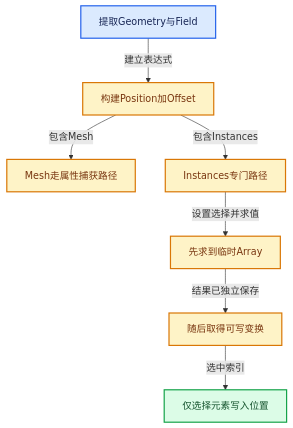
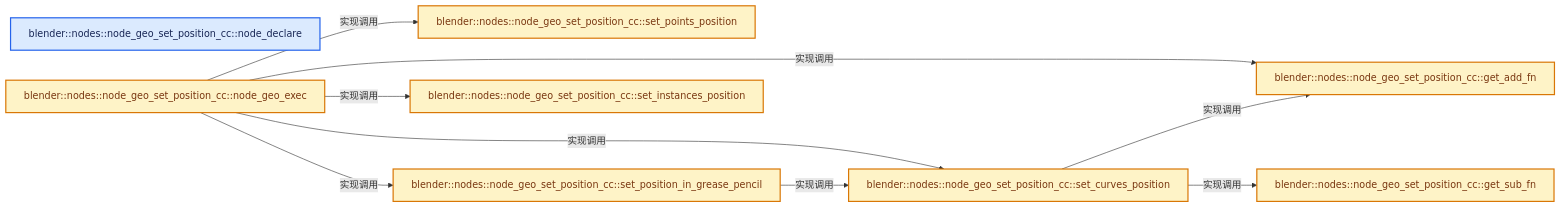
The second of 4 diagrams in 杂/markdown/全面学习-codex/08-Field表达式与求值/11-SetPosition完整调用链.md (yunkezengren/blender-.vscode), drawn with Mermaid before and after one commit. The commit also changed other lines of this file and 1930 other files, not shown here.

````diff
--- a/杂/markdown/全面学习-codex/08-Field表达式与求值/11-SetPosition完整调用链.md
+++ b/杂/markdown/全面学习-codex/08-Field表达式与求值/11-SetPosition完整调用链.md
@@ -529,22 +46,25 @@
 ```mermaid
-flowchart TB
-  V0["提取Geometry与Field"]:::input
-  V1["构建Position加Offset"]:::compute
-  V2["Mesh走属性捕获路径"]:::compute
-  V3["Instances专门路径"]:::compute
-  V4["先求到临时Array"]:::compute
-  V5["随后取得可写变换"]:::compute
-  V6["仅选择元素写入位置"]:::result
-  V0 -->|"建立表达式"| V1
-  V1 -->|"包含Mesh"| V2
-  V1 -->|"包含Instances"| V3
-  V3 -->|"设置选择并求值"| V4
-  V4 -->|"结果已独立保存"| V5
-  V5 -->|"选中索引"| V6
+flowchart LR
+  F0["blender::nodes::node_geo_set_position_cc::node_declare"]:::input
+  F1["blender::nodes::node_geo_set_position_cc::get_add_fn"]:::compute
+  F2["blender::nodes::node_geo_set_position_cc::get_sub_fn"]:::compute
+  F3["blender::nodes::node_geo_set_position_cc::set_points_position"]:::compute
+  F4["blender::nodes::node_geo_set_position_cc::set_curves_position"]:::compute
+  F5["blender::nodes::node_geo_set_position_cc::set_position_in_grease_pencil"]:::compute
+  F6["blender::nodes::node_geo_set_position_cc::set_instances_position"]:::compute
+  F7["blender::nodes::node_geo_set_position_cc::node_geo_exec"]:::compute
+  F4 -->|"实现调用"| F2
+  F4 -->|"实现调用"| F1
+  F5 -->|"实现调用"| F4
+  F7 -->|"实现调用"| F1
+  F7 -->|"实现调用"| F3
+  F7 -->|"实现调用"| F4
+  F7 -->|"实现调用"| F5
+  F7 -->|"实现调用"| F6
   classDef input fill:#DBEAFE,stroke:#2563EB,color:#172554,stroke-width:2px;
   classDef data fill:#CFFAFE,stroke:#0891B2,color:#164E63,stroke-width:2px;
   classDef abstraction fill:#EDE9FE,stroke:#7C3AED,color:#3B0764,stroke-width:2px;
   classDef compute fill:#FEF3C7,stroke:#D97706,color:#78350F,stroke-width:2px;
   classDef result fill:#DCFCE7,stroke:#16A34A,color:#14532D,stroke-width:2px;
   classDef error fill:#FEE2E2,stroke:#DC2626,color:#7F1D1D,stroke-width:2px;
 ```
````
